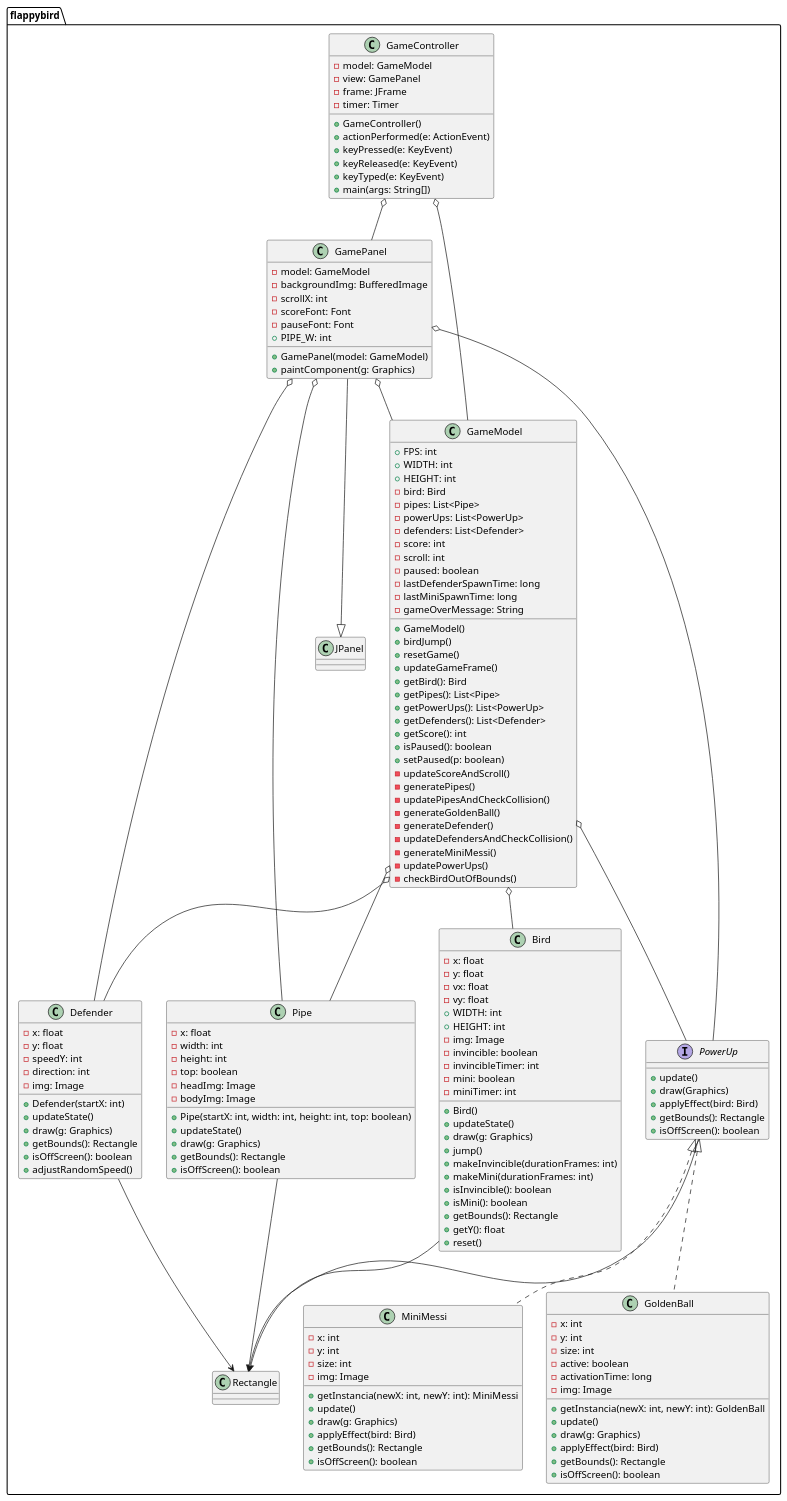
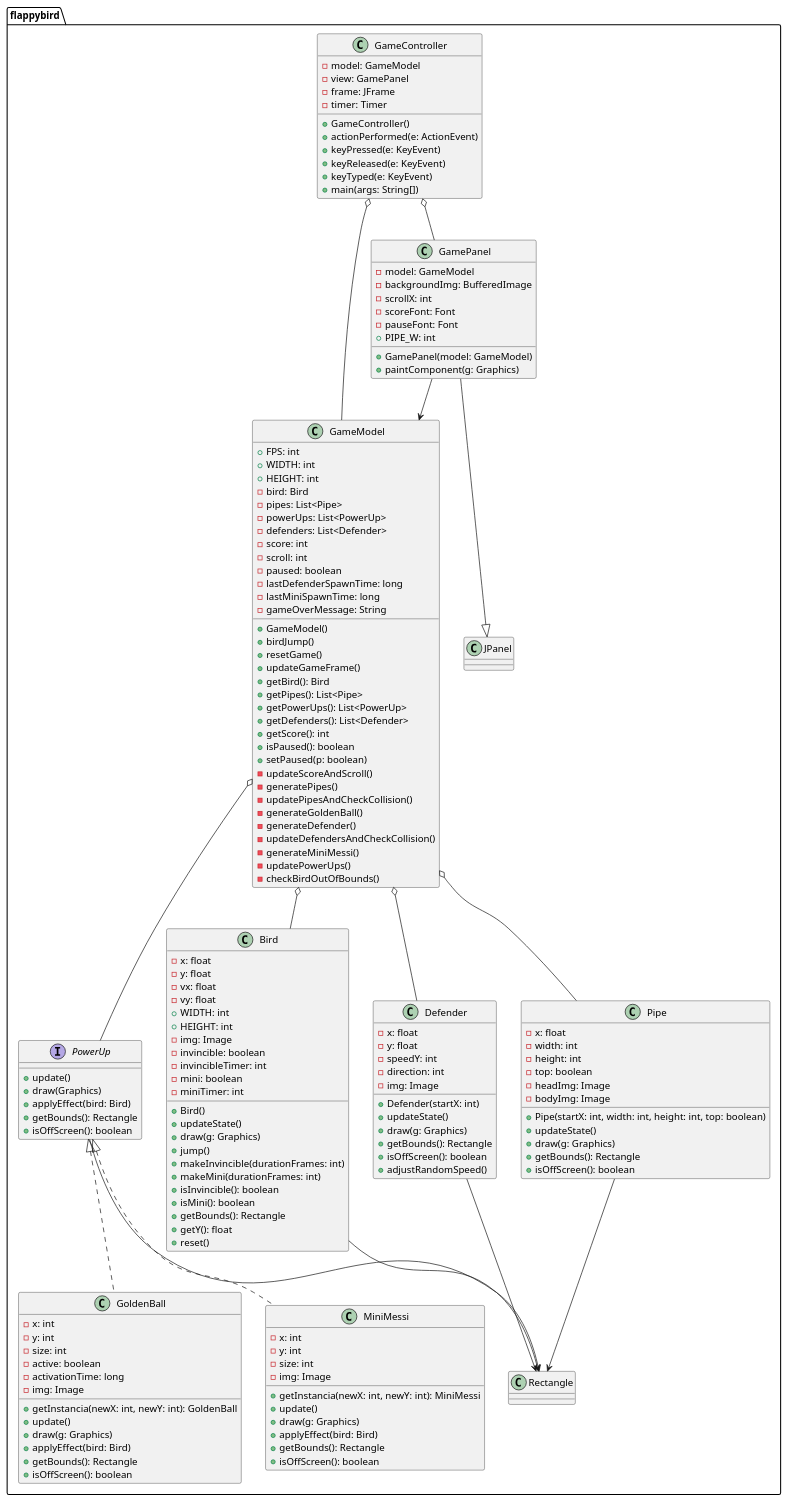
Before and after one commit to Martinoefe/FlappyBird-remake: the diagram in diagramas/DiagramaClases.puml, drawn with PlantUML.

```diff
--- a/diagramas/DiagramaClases.puml
+++ b/diagramas/DiagramaClases.puml
@@ -1,174 +1,173 @@
 @startuml
 package flappybird {
 
 interface PowerUp {
     + update()
     + draw(Graphics)
     + applyEffect(bird: Bird)
     + getBounds(): Rectangle
     + isOffScreen(): boolean
 }
 
 class Bird {
     - x: float
     - y: float
     - vx: float
     - vy: float
     + WIDTH: int
     + HEIGHT: int
     - img: Image
     - invincible: boolean
     - invincibleTimer: int
     - mini: boolean
     - miniTimer: int
     + Bird()
     + updateState()
     + draw(g: Graphics)
     + jump()
     + makeInvincible(durationFrames: int)
     + makeMini(durationFrames: int)
     + isInvincible(): boolean
     + isMini(): boolean
     + getBounds(): Rectangle
     + getY(): float
     + reset()
 }
 
 class Defender {
     - x: float
     - y: float
     - speedY: int
     - direction: int
     - img: Image
     + Defender(startX: int)
     + updateState()
     + draw(g: Graphics)
     + getBounds(): Rectangle
     + isOffScreen(): boolean
     + adjustRandomSpeed()
 }
 
 class GoldenBall {
     - x: int
     - y: int
     - size: int
     - active: boolean
     - activationTime: long
     - img: Image
     + getInstancia(newX: int, newY: int): GoldenBall
     + update()
     + draw(g: Graphics)
     + applyEffect(bird: Bird)
     + getBounds(): Rectangle
     + isOffScreen(): boolean
 }
 
 class MiniMessi {
     - x: int
     - y: int
     - size: int
     - img: Image
     + getInstancia(newX: int, newY: int): MiniMessi
     + update()
     + draw(g: Graphics)
     + applyEffect(bird: Bird)
     + getBounds(): Rectangle
     + isOffScreen(): boolean
 }
 
 class Pipe {
     - x: float
     - width: int
     - height: int
     - top: boolean
     - headImg: Image
     - bodyImg: Image
     + Pipe(startX: int, width: int, height: int, top: boolean)
     + updateState()
     + draw(g: Graphics)
     + getBounds(): Rectangle
     + isOffScreen(): boolean
 }
 
 class GameModel {
     + FPS: int
     + WIDTH: int
     + HEIGHT: int
     - bird: Bird
     - pipes: List<Pipe>
     - powerUps: List<PowerUp>
     - defenders: List<Defender>
     - score: int
     - scroll: int
     - paused: boolean
     - lastDefenderSpawnTime: long
     - lastMiniSpawnTime: long
     - gameOverMessage: String
     + GameModel()
     + birdJump()
     + resetGame()
     + updateGameFrame()
     + getBird(): Bird
     + getPipes(): List<Pipe>
     + getPowerUps(): List<PowerUp>
     + getDefenders(): List<Defender>
     + getScore(): int
     + isPaused(): boolean
     + setPaused(p: boolean)
     - updateScoreAndScroll()
     - generatePipes()
     - updatePipesAndCheckCollision()
     - generateGoldenBall()
     - generateDefender()
     - updateDefendersAndCheckCollision()
     - generateMiniMessi()
     - updatePowerUps()
     - checkBirdOutOfBounds()
 }
 
 class GameController {
     - model: GameModel
     - view: GamePanel
     - frame: JFrame
     - timer: Timer
     + GameController()
     + actionPerformed(e: ActionEvent)
     + keyPressed(e: KeyEvent)
     + keyReleased(e: KeyEvent)
     + keyTyped(e: KeyEvent)
     + main(args: String[])
 }
 
 class GamePanel {
     - model: GameModel
     - backgroundImg: BufferedImage
     - scrollX: int
     - scoreFont: Font
     - pauseFont: Font
     + PIPE_W: int
     + GamePanel(model: GameModel)
     + paintComponent(g: Graphics)
 }
 
 PowerUp <|.. GoldenBall
 PowerUp <|.. MiniMessi
-PowerUp --> Rectangle
 
 GameModel o-- Bird
 GameModel o-- Pipe
 GameModel o-- PowerUp
 GameModel o-- Defender
 
 GameController o-- GameModel
 GameController o-- GamePanel
 
 GamePanel --|> JPanel
-GamePanel o-- GameModel
-GamePanel o-- Pipe
-GamePanel o-- PowerUp
-GamePanel o-- Defender
+GamePanel --> GameModel
 
 Bird --> Rectangle
 Pipe --> Rectangle
 Defender --> Rectangle
+PowerUp --> Rectangle
+
+}
 @enduml
```
